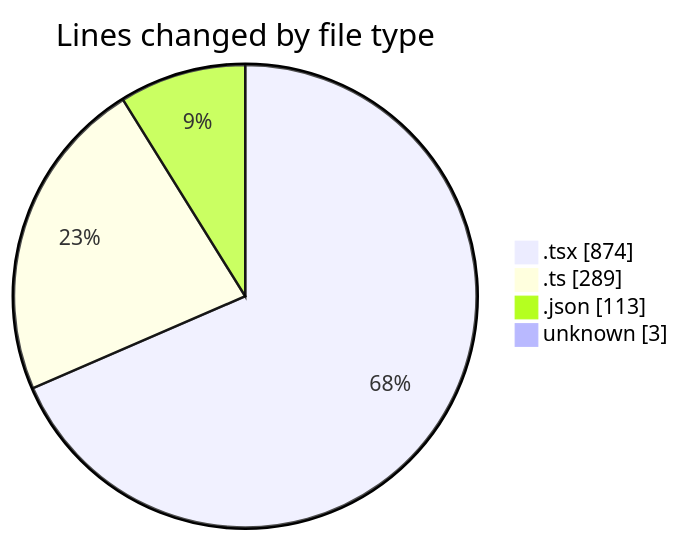
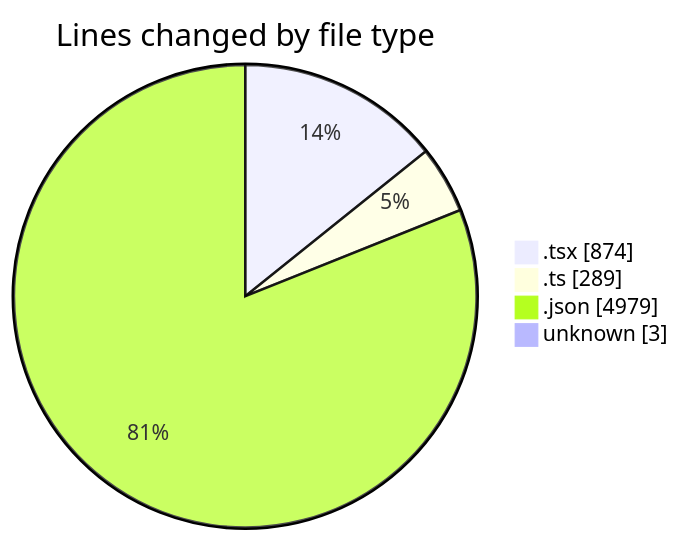
Before and after one commit to momahboobian/code-tracking: the first of 2 diagrams in 2025-02-23/pdf-analysis-app/README.md, drawn with Mermaid. The commit also changed other lines of this file and 1 other file, not shown here.

````diff
--- a/2025-02-23/pdf-analysis-app/README.md
+++ b/2025-02-23/pdf-analysis-app/README.md
@@ -33,8 +34,8 @@
 ```mermaid
 pie showData
 title Lines changed by file type
 ".tsx" : 874
 ".ts" : 289
-".json" : 113
+".json" : 4979
 "unknown" : 3
 ```
````
